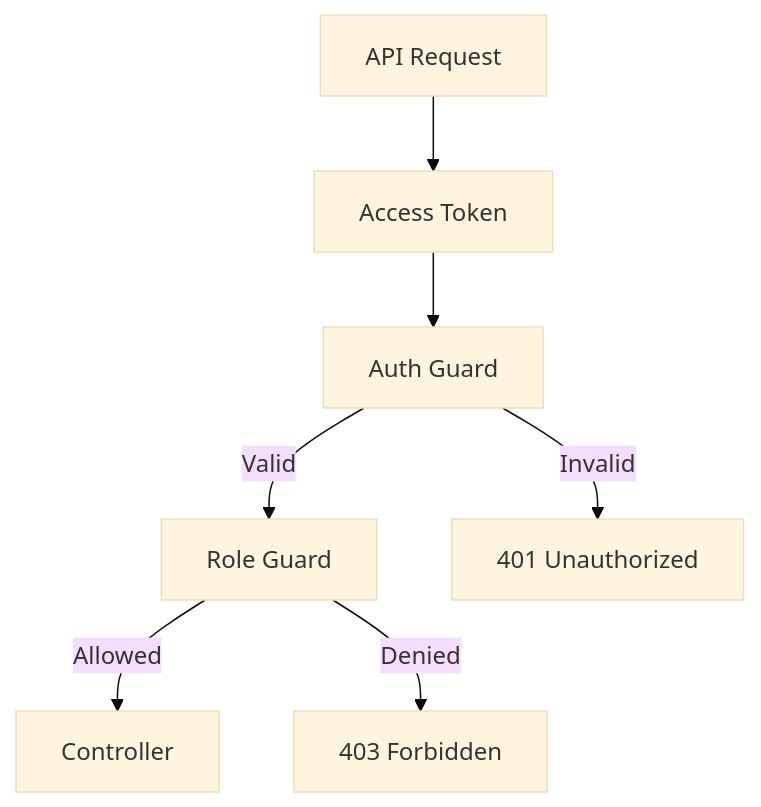
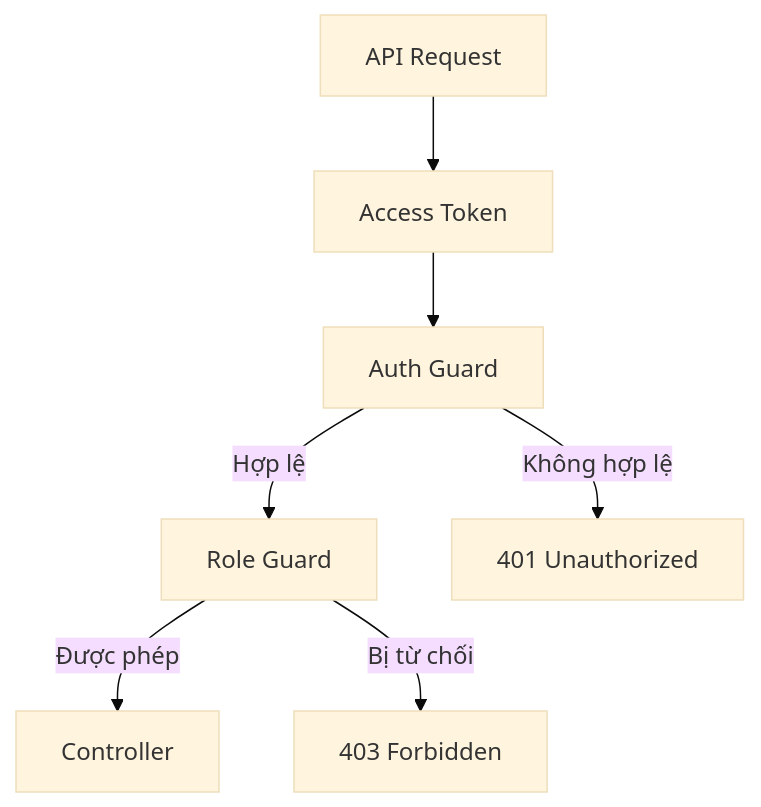
Before and after one commit to LuongCongThanh/be-demo: diagram 12 of 16 in doc/ecommerce-backend-architecture-system-design-2.md, drawn with Mermaid (base theme). The commit also changed other lines of this file and 9 other files, not shown here.

````diff
--- a/doc/ecommerce-backend-architecture-system-design-2.md
+++ b/doc/ecommerce-backend-architecture-system-design-2.md
@@ -1160,17 +1145,17 @@
 ```mermaid
 flowchart TD
     Request["API Request"]
     Token["Access Token"]
     Guard["Auth Guard"]
     Role["Role Guard"]
     Controller["Controller"]
 
     Request --> Token
     Token --> Guard
 
-    Guard -->|Valid| Role
-    Guard -->|Invalid| Unauthorized["401 Unauthorized"]
+    Guard -->|Hợp lệ| Role
+    Guard -->|Không hợp lệ| Unauthorized["401 Unauthorized"]
 
-    Role -->|Allowed| Controller
-    Role -->|Denied| Forbidden["403 Forbidden"]
+    Role -->|Được phép| Controller
+    Role -->|Bị từ chối| Forbidden["403 Forbidden"]
 ```
````
